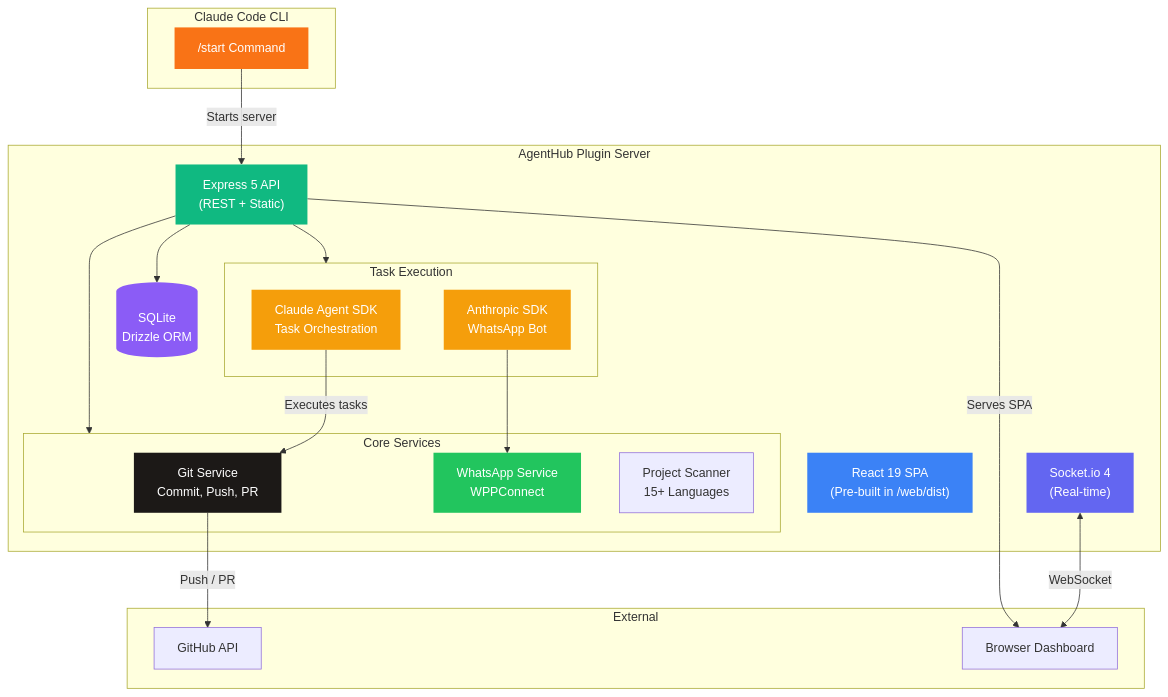
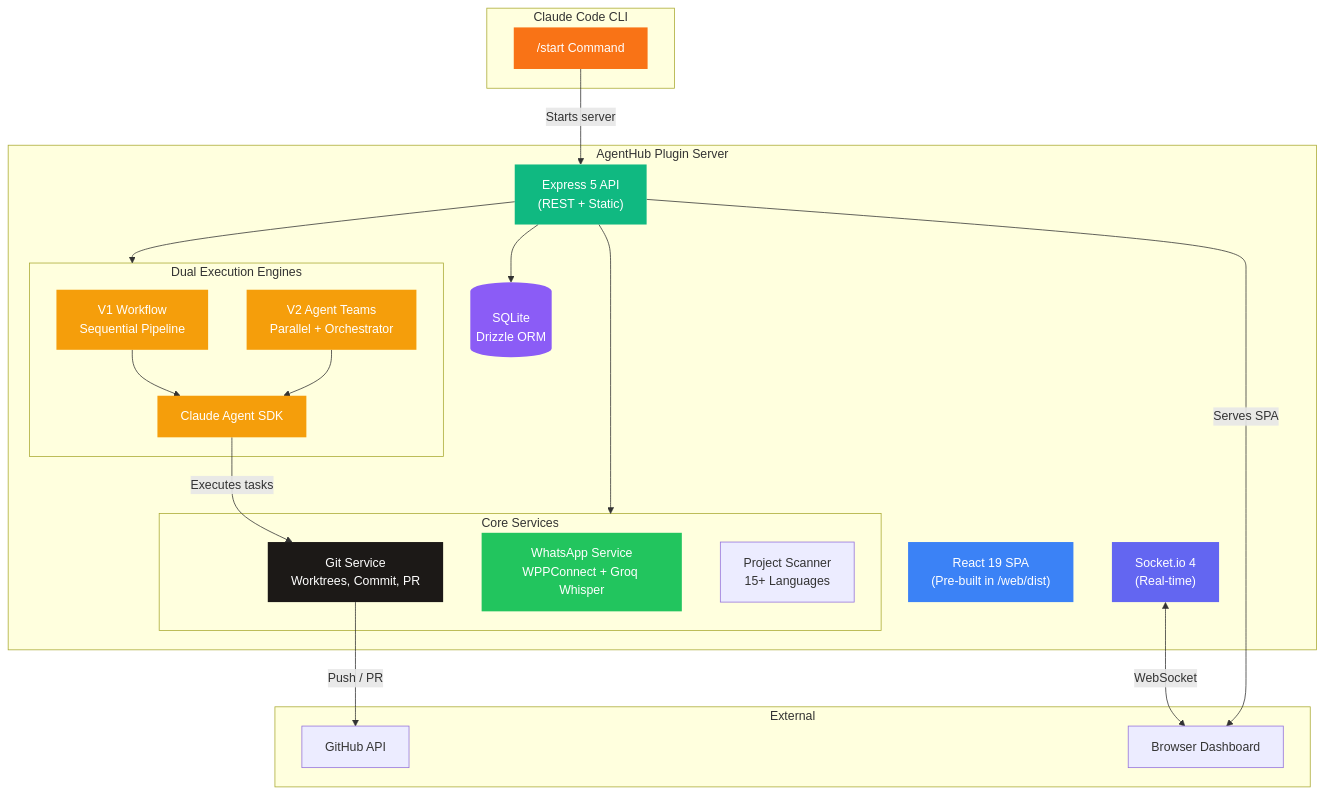
Before and after one commit to JohnPitter/agenthub-plugin: the first of 2 diagrams in README.md, drawn with Mermaid. The commit also changed other lines of this file and 1250 other files, not shown here.

````diff
--- a/README.md
+++ b/README.md
@@ -50,49 +51,52 @@
 ```mermaid
 graph TB
     subgraph ClaudeCode["Claude Code CLI"]
         CMD["/start Command"]
     end
 
     subgraph Plugin["AgentHub Plugin Server"]
         EXPRESS["Express 5 API<br/>(REST + Static)"]
         SOCKET["Socket.io 4<br/>(Real-time)"]
         SPA["React 19 SPA<br/>(Pre-built in /web/dist)"]
         DB[("SQLite<br/>Drizzle ORM")]
 
-        subgraph Execution["Task Execution"]
-            CLAUDE_SDK["Claude Agent SDK<br/>Task Orchestration"]
-            ANTHROPIC["Anthropic SDK<br/>WhatsApp Bot"]
+        subgraph Execution["Dual Execution Engines"]
+            V1["V1 Workflow<br/>Sequential Pipeline"]
+            V2["V2 Agent Teams<br/>Parallel + Orchestrator"]
+            CLAUDE_SDK["Claude Agent SDK"]
         end
 
         subgraph Services["Core Services"]
-            GIT["Git Service<br/>Commit, Push, PR"]
-            WPP["WhatsApp Service<br/>WPPConnect"]
+            GIT["Git Service<br/>Worktrees, Commit, PR"]
+            WPP["WhatsApp Service<br/>WPPConnect + Groq Whisper"]
             SCANNER["Project Scanner<br/>15+ Languages"]
         end
     end
 
     subgraph External["External"]
         GH["GitHub API"]
         BROWSER["Browser Dashboard"]
     end
 
     CMD -->|"Starts server"| EXPRESS
     EXPRESS --> DB
     EXPRESS --> Execution
     EXPRESS --> Services
     SOCKET <-->|"WebSocket"| BROWSER
     EXPRESS -->|"Serves SPA"| BROWSER
+    V1 --> CLAUDE_SDK
+    V2 --> CLAUDE_SDK
     CLAUDE_SDK -->|"Executes tasks"| GIT
     GIT -->|"Push / PR"| GH
-    ANTHROPIC --> WPP
 
     style CMD fill:#F97316,color:#fff,stroke:none
     style EXPRESS fill:#10B981,color:#fff,stroke:none
     style SOCKET fill:#6366F1,color:#fff,stroke:none
     style SPA fill:#3B82F6,color:#fff,stroke:none
     style DB fill:#8B5CF6,color:#fff,stroke:none
+    style V1 fill:#F59E0B,color:#fff,stroke:none
+    style V2 fill:#F59E0B,color:#fff,stroke:none
     style CLAUDE_SDK fill:#F59E0B,color:#fff,stroke:none
-    style ANTHROPIC fill:#F59E0B,color:#fff,stroke:none
     style GIT fill:#1C1917,color:#fff,stroke:none
     style WPP fill:#22C55E,color:#fff,stroke:none
 ```
````
